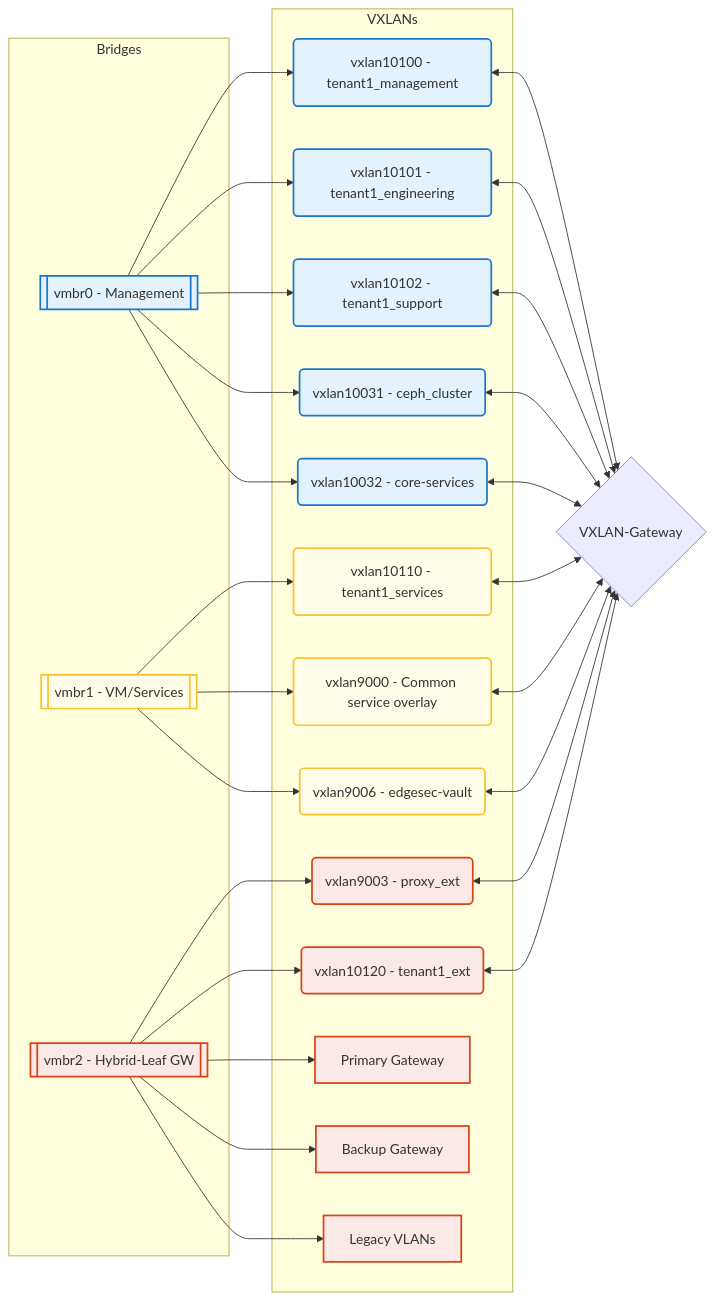
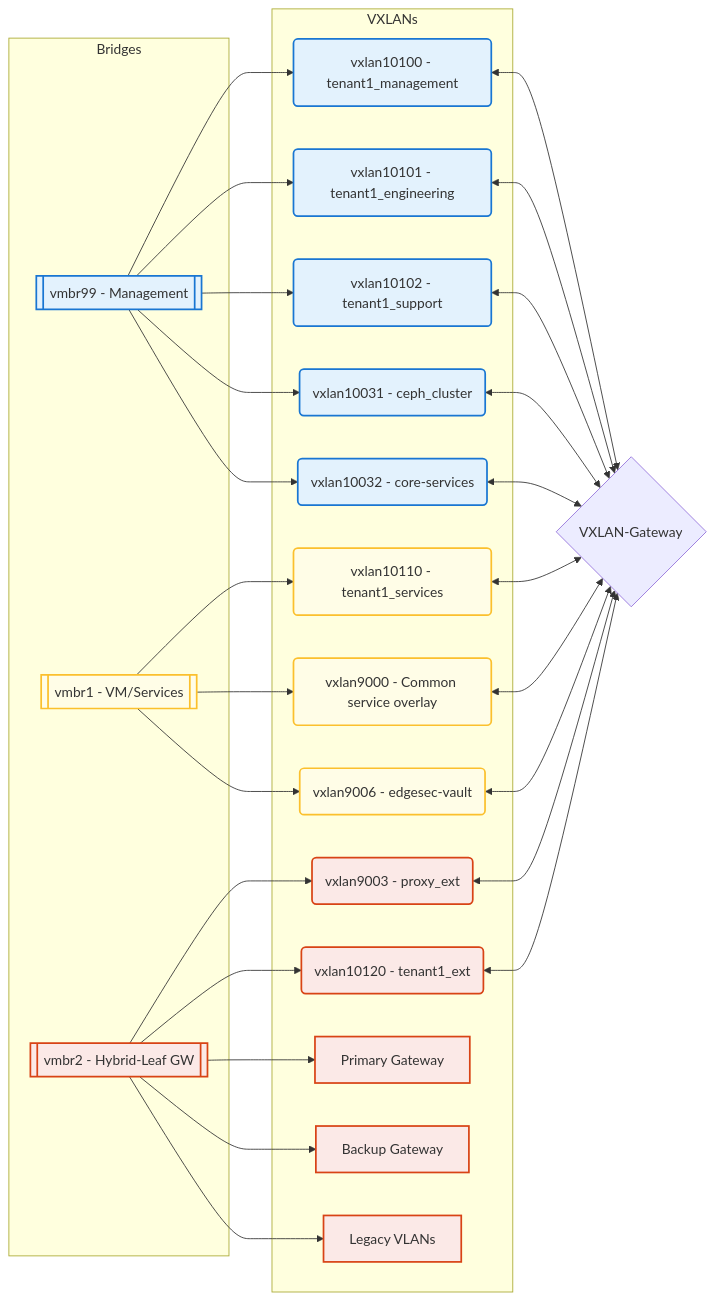
Before and after one commit to CEP-Comwell/proxmox_addons: the first of 4 diagrams in README.md, drawn with Mermaid. The commit also changed other lines of this file, not shown here.

Commit message:
updated readme with vmbr0 to vmbr99

````diff
--- a/README.md
+++ b/README.md
@@ -20,55 +20,55 @@
 ```mermaid
 graph LR
 subgraph Bridges
-	MgmtBridge[[vmbr0 - Management]]
+		MgmtBridge[[vmbr99 - Management]]
 	VMBridge[[vmbr1 - VM/Services]]
 	ExtBridge[[vmbr2 - Hybrid-Leaf GW]]
 end
 subgraph VXLANs
 	VX10100(vxlan10100 - tenant1_management)
 	VX10101(vxlan10101 - tenant1_engineering)
 	VX10102(vxlan10102 - tenant1_support)
 	VXCEPH2(vxlan10031 - ceph_cluster)
 	VX10032(vxlan10032 - core-services)
 	VX10110(vxlan10110 - tenant1_services)
 	VX9000(vxlan9000 - Common service overlay)
 	VX9006(vxlan9006 - edgesec-vault)
 	VX9003(vxlan9003 - proxy_ext)
 	VX10120(vxlan10120 - tenant1_ext)
 	Gateway1[Primary Gateway]
 	Gateway2[Backup Gateway]
 	LegacyVLAN[Legacy VLANs]
 end
 VXLANGW{VXLAN-Gateway}
 MgmtBridge --> VX10100
 MgmtBridge --> VX10101
 MgmtBridge --> VX10102
 MgmtBridge --> VXCEPH2
 MgmtBridge --> VX10032
 VMBridge --> VX10110
 VMBridge --> VX9000
 VMBridge --> VX9006
 ExtBridge --> VX9003
 ExtBridge --> VX10120
 ExtBridge --> Gateway1
 ExtBridge --> Gateway2
 ExtBridge --> LegacyVLAN
 VX10100 <--> VXLANGW
 VX10101 <--> VXLANGW
 VX10102 <--> VXLANGW
 VX10110 <--> VXLANGW
 VX9000 <--> VXLANGW
 VX9006 <--> VXLANGW
 VX9003 <--> VXLANGW
 VX10120 <--> VXLANGW
 VXCEPH2 <--> VXLANGW
 VX10032 <--> VXLANGW
 
 %% Color coding
 classDef mgmt fill:#e3f2fd,stroke:#1976d2,stroke-width:2px;
 classDef vm fill:#fffde7,stroke:#fbc02d,stroke-width:2px;
 classDef ext fill:#fbe9e7,stroke:#d84315,stroke-width:2px;
 class MgmtBridge,VX10100,VX10101,VX10102,VXCEPH2,VX10032 mgmt;
 class VMBridge,VX10110,VX9000,VX9006 vm;
 class ExtBridge,Gateway1,Gateway2,LegacyVLAN,VX9003,VX10120 ext;
 ```
````
